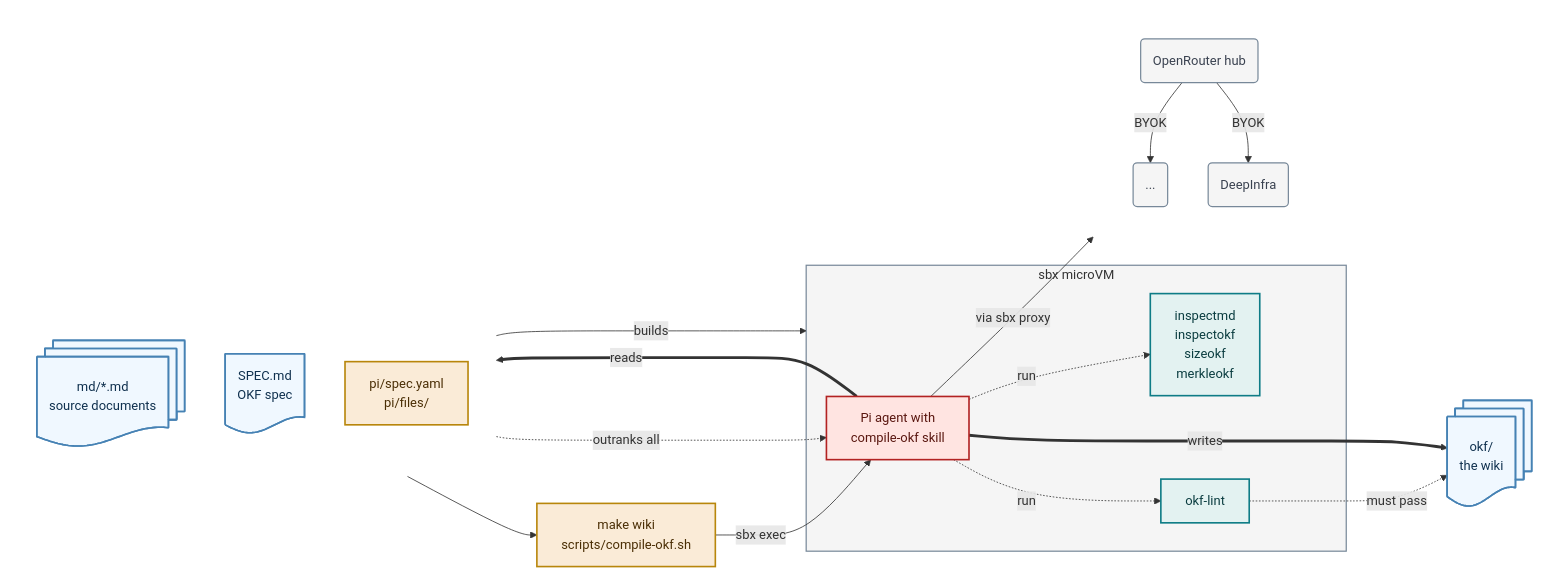
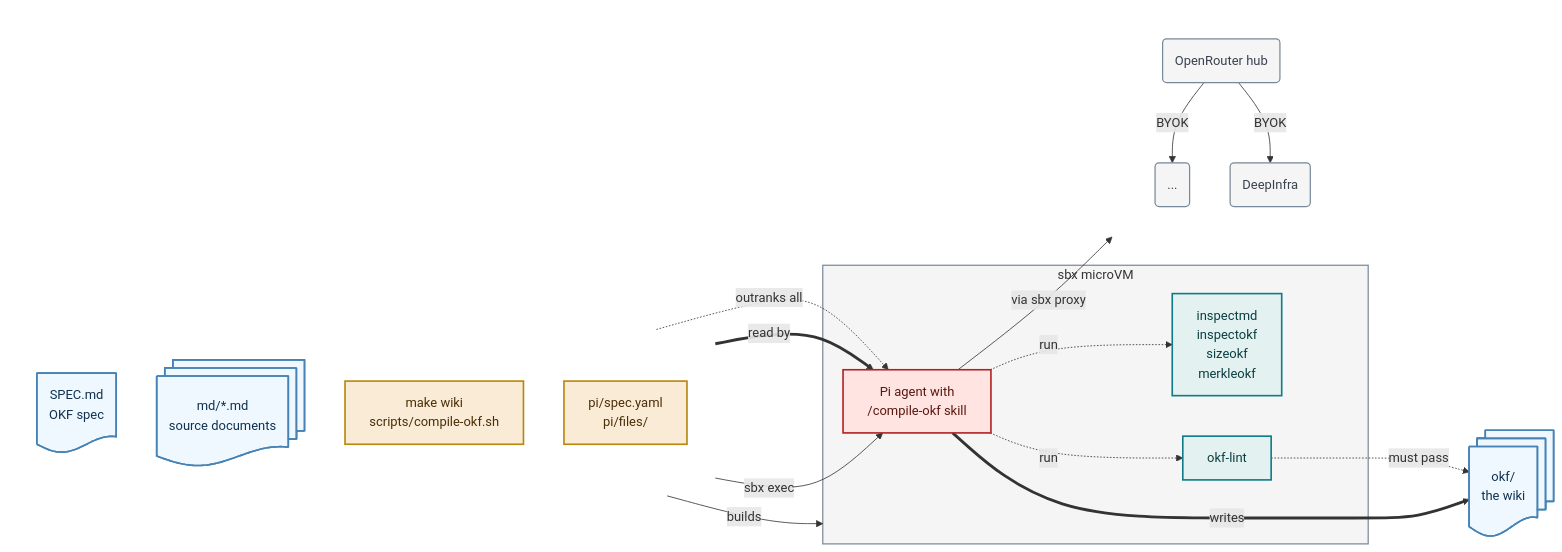
The diagram in README.md (lars20070/md2okf), drawn with Mermaid before and after one commit.

Commit message:
Simplify LHS of Mermaid diagram

````diff
--- a/README.md
+++ b/README.md
@@ -23,49 +23,48 @@
 ```mermaid
 flowchart LR
   subgraph IN[" "]
     direction TB
+    SPEC@{ shape: doc, label: "SPEC.md<br/>OKF spec"}
     MD@{ shape: docs, label: "md/*.md<br/>source documents"}
-    SPEC@{ shape: doc, label: "SPEC.md<br/>OKF spec"}
+    DRV["make wiki<br/>scripts/compile-okf.sh"]
     KIT["pi/spec.yaml<br/>pi/files/"]
   end
-  DRV["make wiki<br/>scripts/compile-okf.sh"]
 
   subgraph VM["sbx microVM"]
+    PI["Pi agent with<br/>/compile-okf skill"]
     TOOLS["inspectmd<br/>inspectokf<br/>sizeokf<br/>merkleokf"]
-    PI["Pi agent with<br/>compile-okf skill"]
     LINT["okf-lint"]
   end
 
   subgraph NETG[" "]
     direction TB
     NET("OpenRouter hub")
     NET1("...")
     NET2("DeepInfra")
   end
   OKF@{ shape: docs, label: "okf/<br/>the wiki"}
 
-  MD --> DRV
+  SPEC -.->|"outranks all"| PI
+  MD ==>|"read by"| PI
+  DRV -->|"sbx exec"| PI
   KIT -->|"builds"| VM
-  DRV -->|"sbx exec"| PI
-  SPEC -.->|"outranks all"| PI
   PI -.->|"run"| TOOLS & LINT
   LINT -.->|"must pass"| OKF
   PI -->|"via sbx proxy"| NET
   NET -->|"BYOK"| NET1 & NET2
   PI ==>|"writes"| OKF
-  PI ==>|"reads"| MD
 
   classDef data    fill:aliceblue,stroke:steelblue,stroke-width:2px,color:#10314F
   classDef host    fill:antiquewhite,stroke:darkgoldenrod,stroke-width:2px,color:#4A2E05
   classDef helper  fill:#E3F2F1,stroke:#0E7C86,stroke-width:2px,color:#0B3D40
   classDef agent   fill:mistyrose,stroke:firebrick,stroke-width:2px,color:#5A1710
   classDef ext     fill:whitesmoke,stroke:lightslategray,stroke-width:1.5px,color:#3A4250
   class MD,SPEC,OKF data
   class KIT,DRV host
   class TOOLS,LINT helper
   class PI agent
   class NET,NET1,NET2 ext
   style VM fill:whitesmoke,stroke:lightslategray,stroke-width:1.5px
   style IN fill:none,stroke:none
   style NETG fill:none,stroke:none
 ```
````
